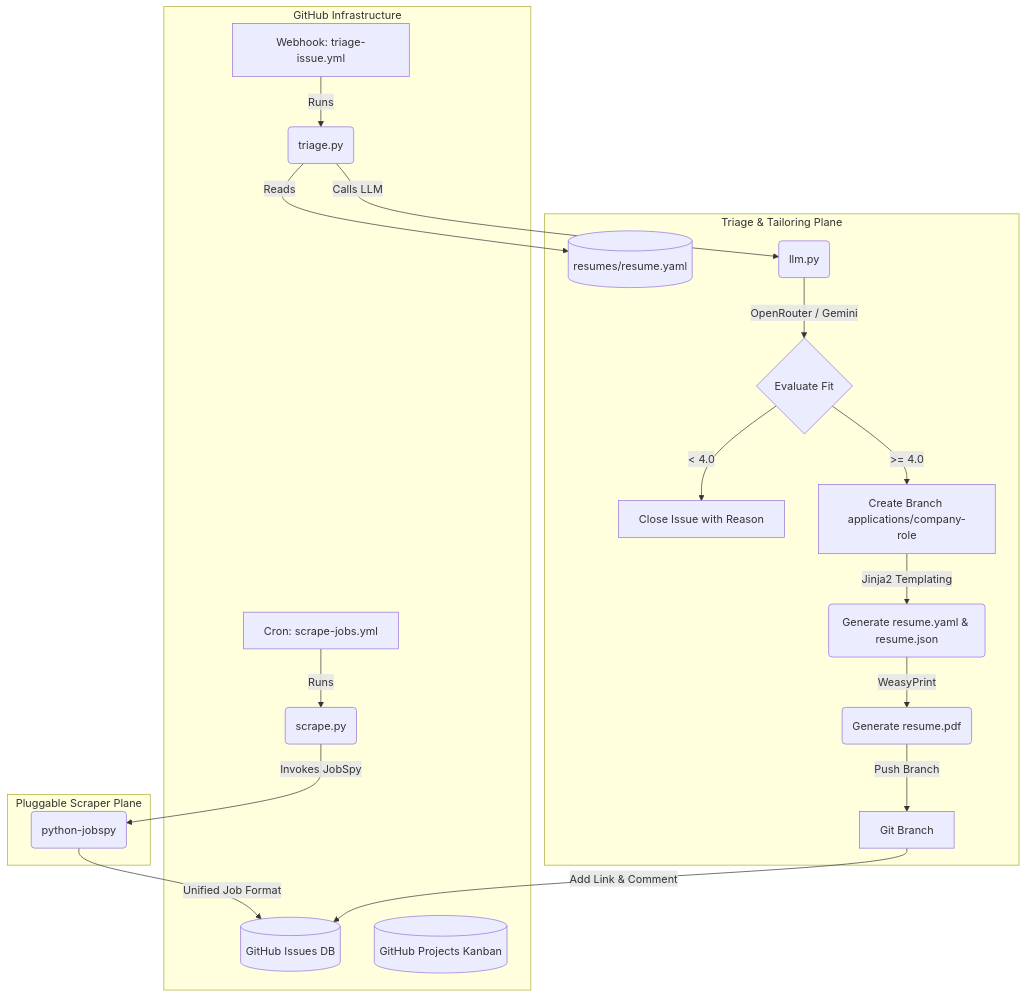
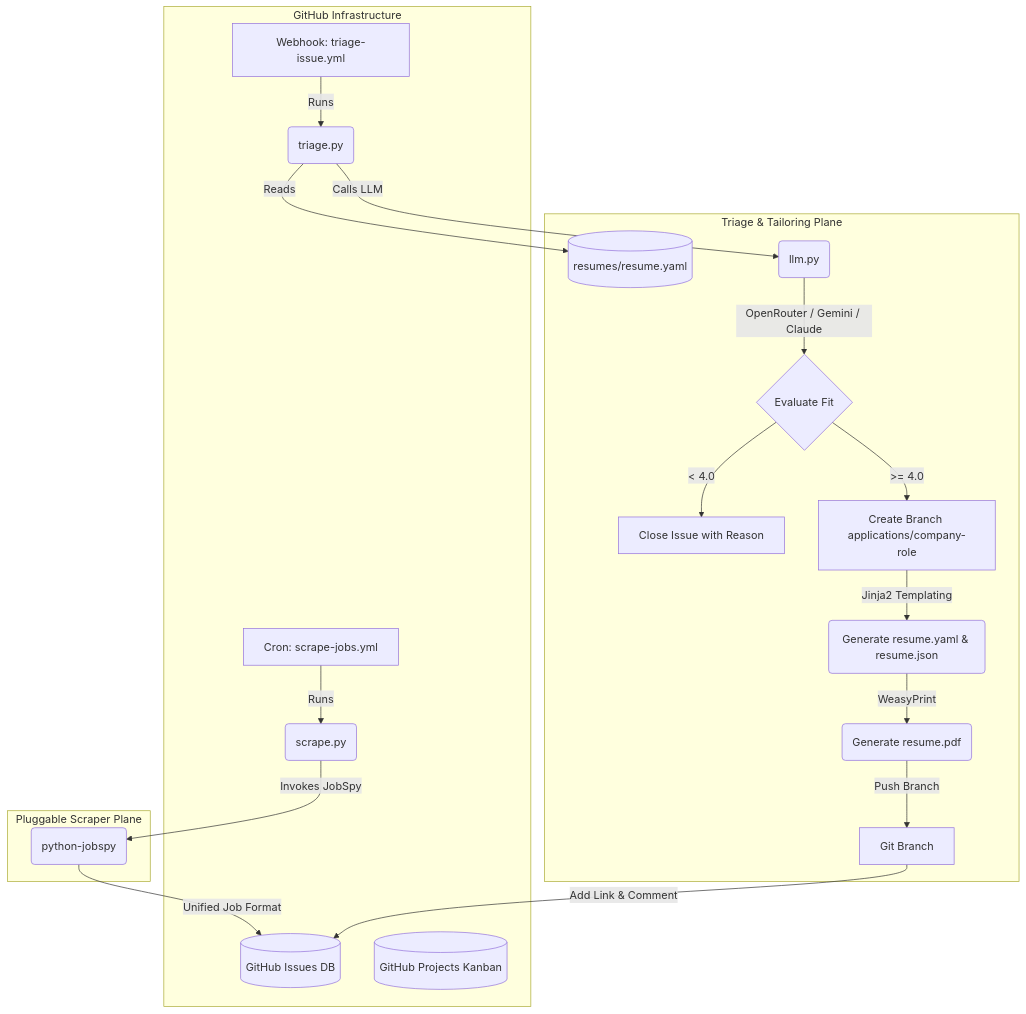
Before and after one commit to menil/JobGitOps: the diagram in specs/spec.md, drawn with Mermaid. The commit also changed other lines of this file and 5 other files, not shown here.

````diff
--- a/specs/spec.md
+++ b/specs/spec.md
@@ -11,29 +11,29 @@
 ```mermaid
 flowchart TD
     subgraph GitHub Cloud [GitHub Infrastructure]
         A[Cron: scrape-jobs.yml] -->|Runs| B(scrape.py)
         C[Webhook: triage-issue.yml] -->|Runs| D(triage.py)
         
         Issues[(GitHub Issues DB)]
         Projects[(GitHub Projects Kanban)]
     end
     
     subgraph Scrapers [Pluggable Scraper Plane]
         B -->|Invokes JobSpy| E(python-jobspy)
         E -->|Unified Job Format| Issues
     end
     
     subgraph AI Engine [Triage & Tailoring Plane]
         D -->|Reads| G[(resumes/resume.yaml)]
         D -->|Calls LLM| H(llm.py)
-        H -->|OpenRouter / Gemini| I{Evaluate Fit}
+        H -->|OpenRouter / Gemini / Claude| I{Evaluate Fit}
         
         I -->|< 4.0| J[Close Issue with Reason]
         I -->|>= 4.0| K[Create Branch applications/company-role]
         
         K -->|Jinja2 Templating| L(Generate resume.yaml & resume.json)
         L -->|WeasyPrint| M(Generate resume.pdf)
         M -->|Push Branch| N[Git Branch]
         N -->|Add Link & Comment| Issues
     end
 ```
````
